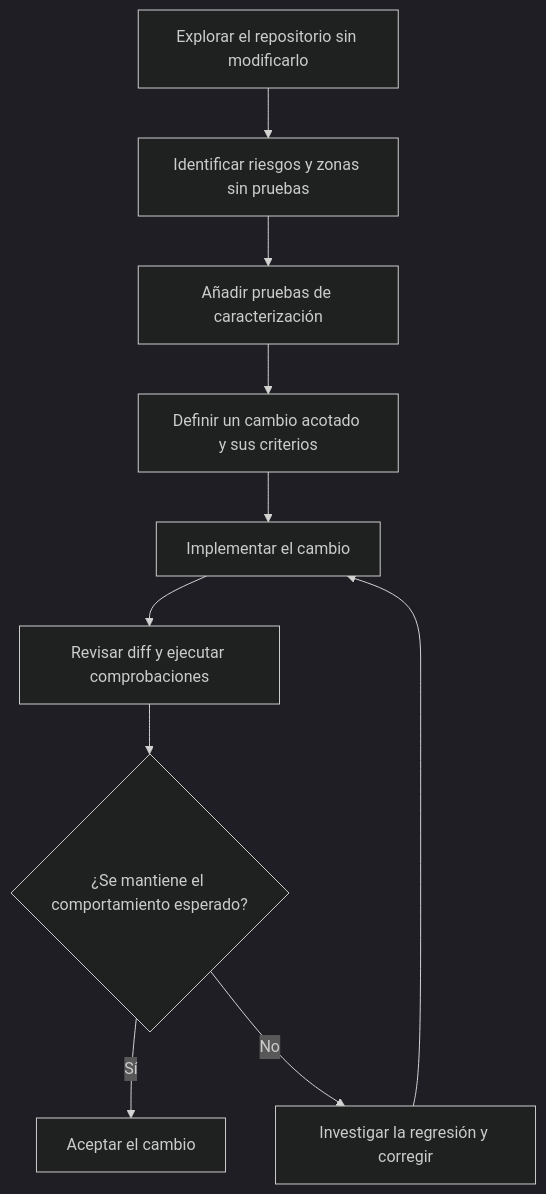
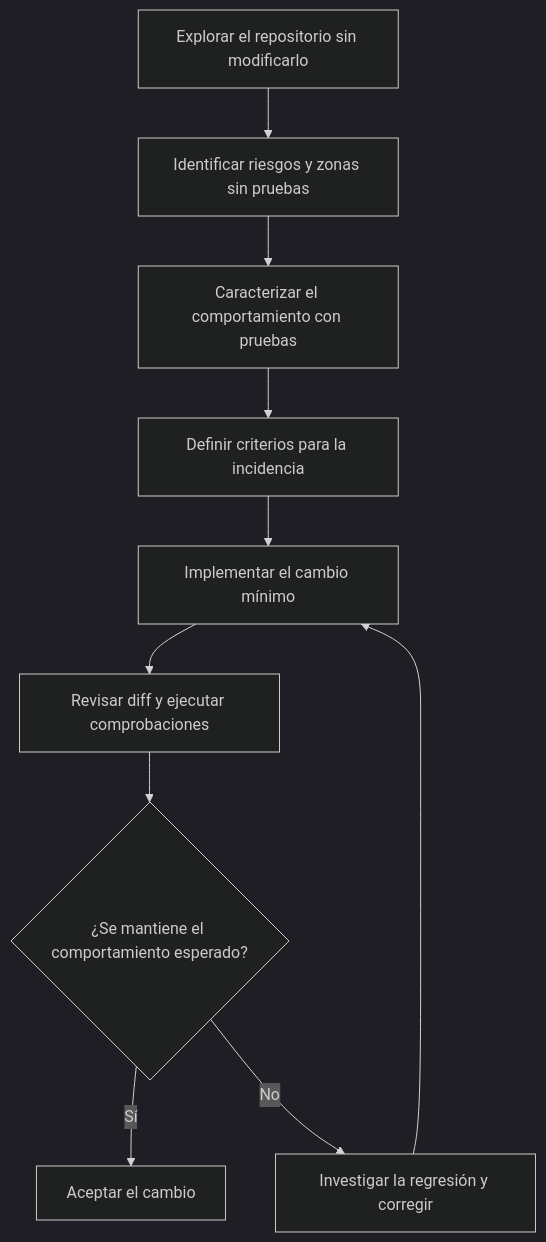
Before and after one commit to sigdeletras/ai-assisted-development-guide: the diagram in laboratorio/03-proyecto-existente/README.md, drawn with Mermaid (dark theme). The commit also changed other lines of this file, not shown here.

````diff
--- a/laboratorio/03-proyecto-existente/README.md
+++ b/laboratorio/03-proyecto-existente/README.md
@@ -22,16 +31,16 @@
 ```mermaid
 flowchart TD
     A["Explorar el repositorio sin modificarlo"]
     B["Identificar riesgos y zonas sin pruebas"]
-    C["Añadir pruebas de caracterización"]
-    D["Definir un cambio acotado y sus criterios"]
-    E["Implementar el cambio"]
+    C["Caracterizar el comportamiento con pruebas"]
+    D["Definir criterios para la incidencia"]
+    E["Implementar el cambio mínimo"]
     F["Revisar diff y ejecutar comprobaciones"]
     G{"¿Se mantiene el comportamiento esperado?"}
     H["Aceptar el cambio"]
     I["Investigar la regresión y corregir"]
 
     A --> B --> C --> D --> E --> F --> G
     G -- "Sí" --> H
     G -- "No" --> I --> E
 ```
````
